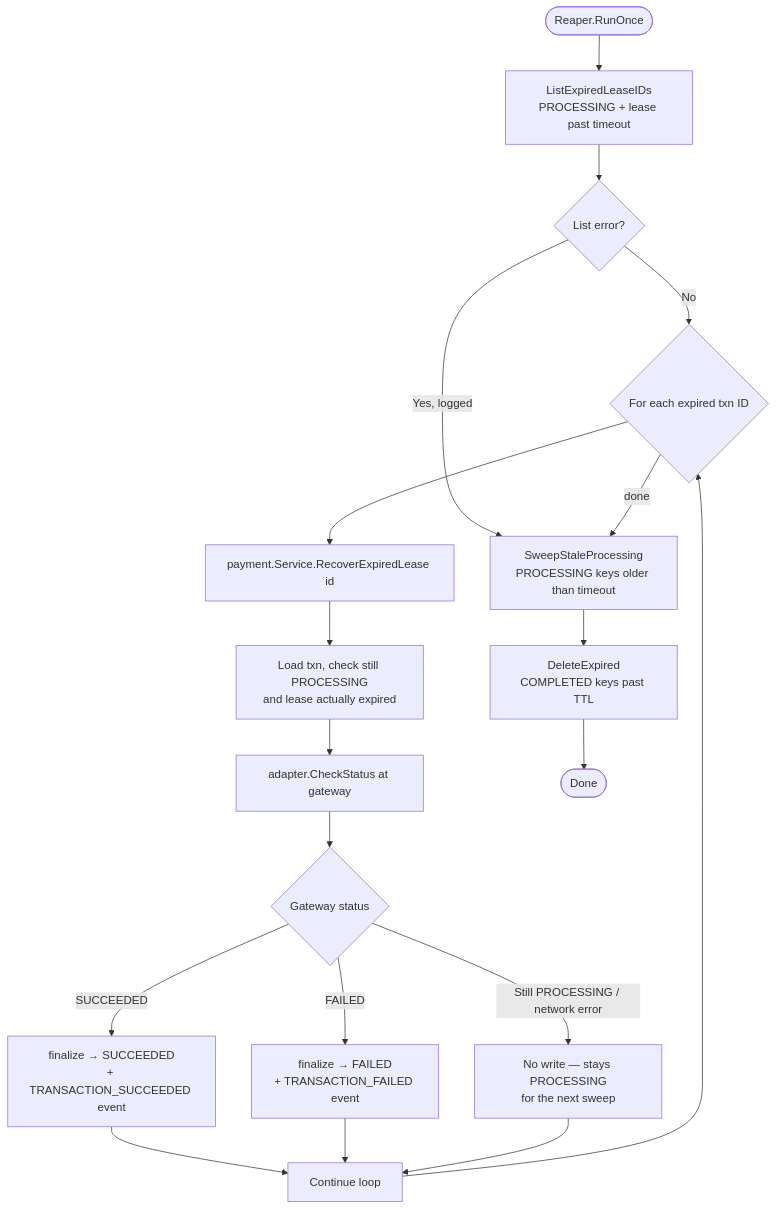
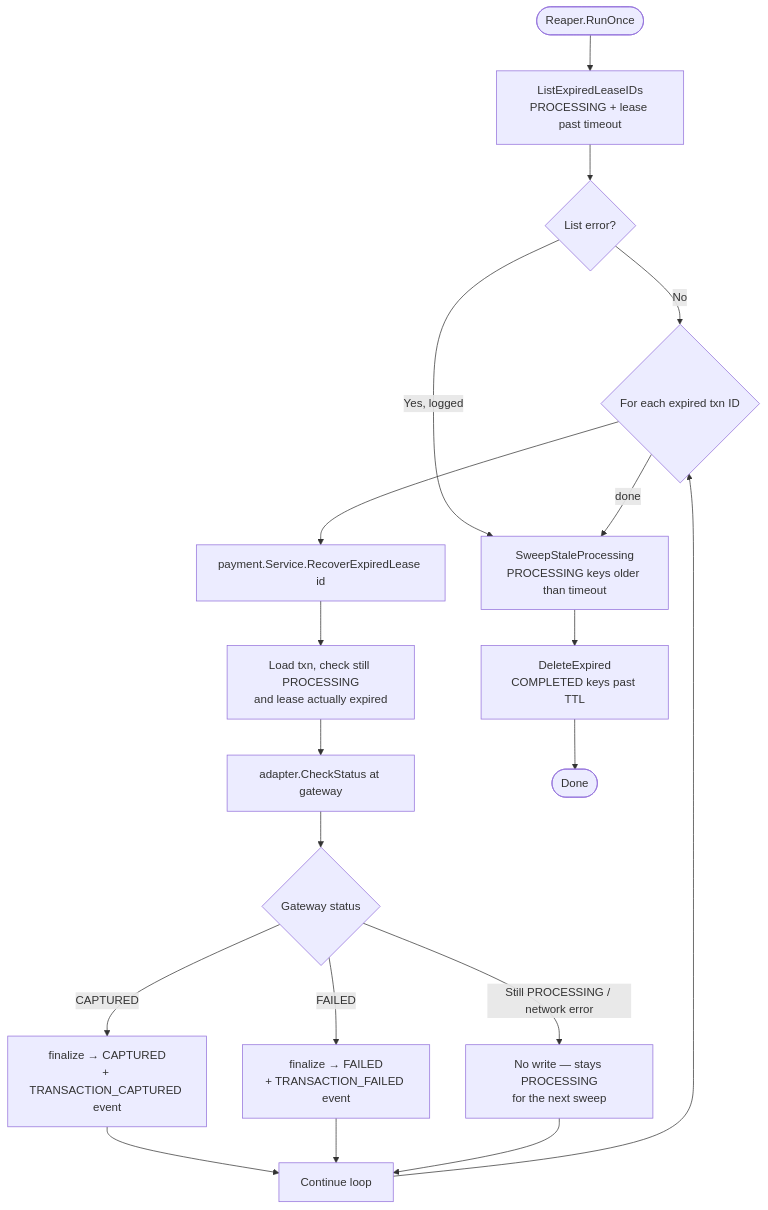
Diagram 11 of 13 in README.md (flyluman/payment-service), drawn with Mermaid before and after one commit. The commit also changed other lines of this file and 81 other files, not shown here.

````diff
--- a/README.md
+++ b/README.md
@@ -579,24 +898,24 @@
 ```mermaid
 flowchart TD
     Start([Reaper.RunOnce]) --> List[ListExpiredLeaseIDs<br/>PROCESSING + lease past timeout]
     List --> ListErr{List error?}
     ListErr -->|Yes, logged| SweepIdem
     ListErr -->|No| Loop{For each expired txn ID}
 
     Loop --> Recover[payment.Service.RecoverExpiredLease id]
     Recover --> LoadTxn[Load txn, check still PROCESSING<br/>and lease actually expired]
     LoadTxn --> CheckStatus[adapter.CheckStatus at gateway]
     CheckStatus --> Outcome{Gateway status}
 
-    Outcome -->|SUCCEEDED| FinalizeOK[finalize → SUCCEEDED<br/>+ TRANSACTION_SUCCEEDED event]
+    Outcome -->|CAPTURED| FinalizeOK[finalize → CAPTURED<br/>+ TRANSACTION_CAPTURED event]
     Outcome -->|FAILED| FinalizeFail[finalize → FAILED<br/>+ TRANSACTION_FAILED event]
     Outcome -->|Still PROCESSING / network error| LeaveAlone[No write — stays PROCESSING<br/>for the next sweep]
 
     FinalizeOK --> NextTxn[Continue loop]
     FinalizeFail --> NextTxn
     LeaveAlone --> NextTxn
     NextTxn --> Loop
     Loop -->|done| SweepIdem[SweepStaleProcessing<br/>PROCESSING keys older than timeout]
     SweepIdem --> DeleteExp[DeleteExpired<br/>COMPLETED keys past TTL]
     DeleteExp --> End([Done])
 ```
````
